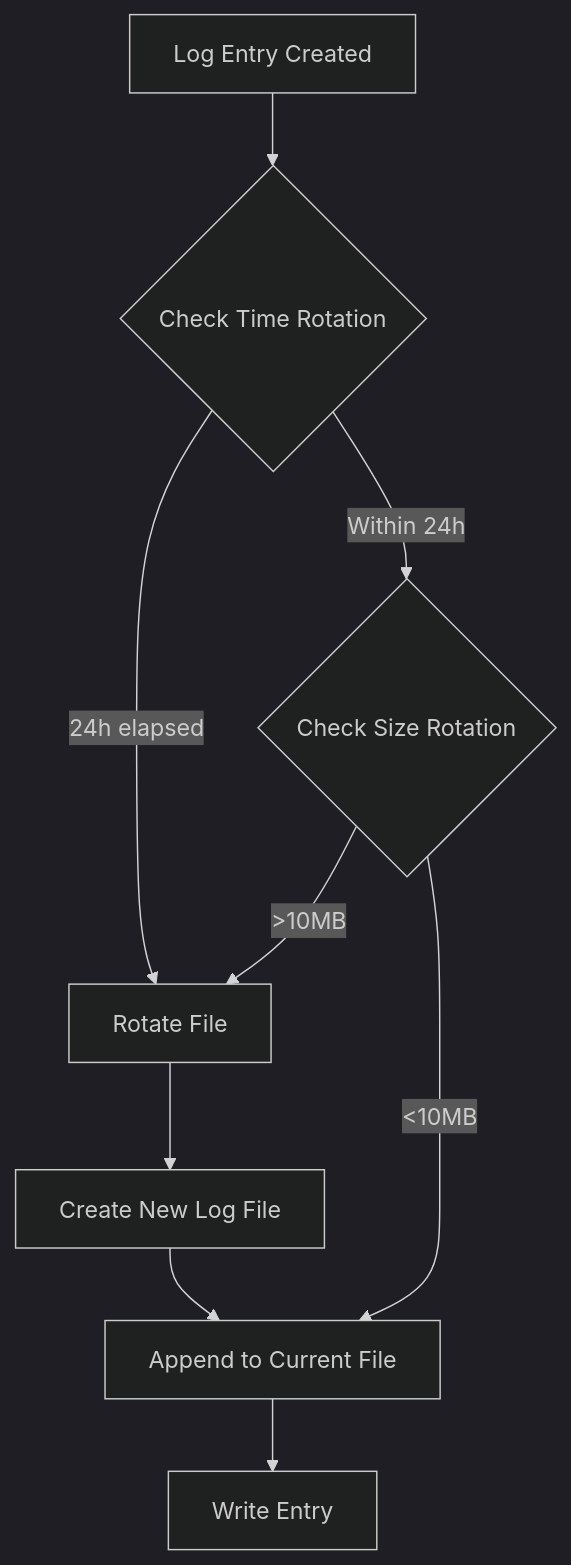
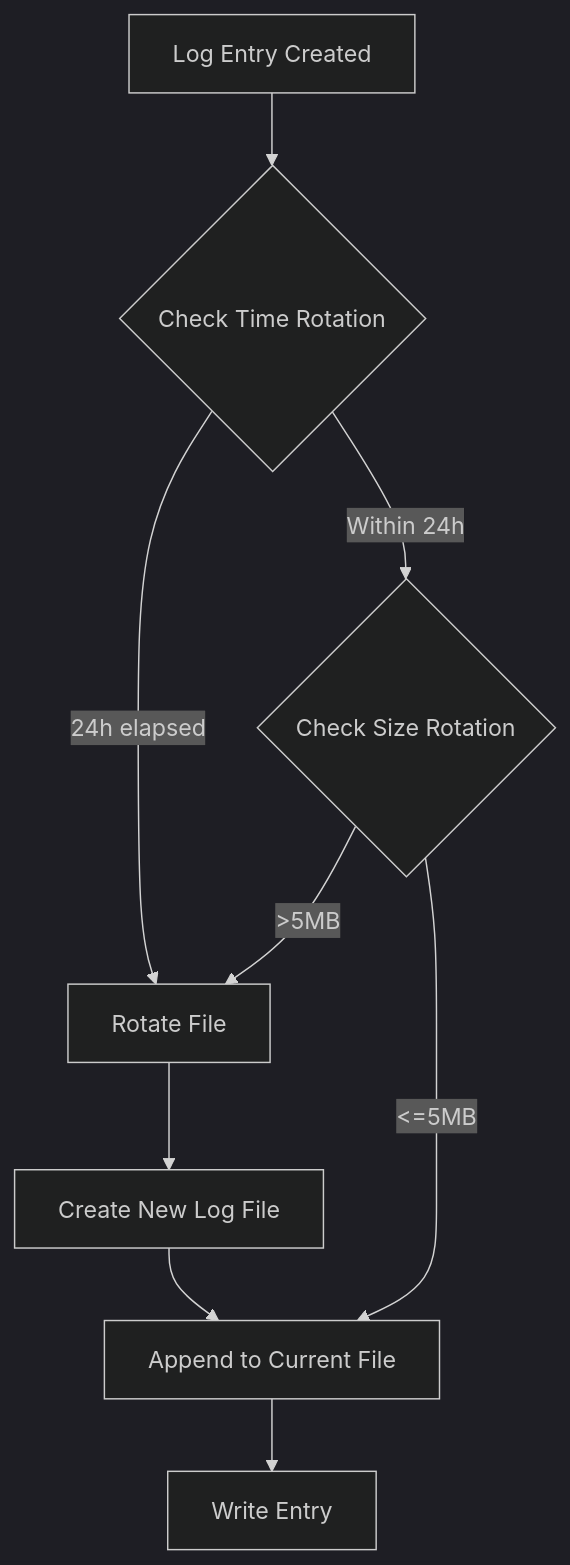
The third of 4 diagrams in docs/features/logging/flows.md (martindebrunne/llamacpp-proxy), drawn with Mermaid (dark theme) before and after one commit. The commit also changed other lines of this file and 40 other files, not shown here.

````diff
--- a/docs/features/logging/flows.md
+++ b/docs/features/logging/flows.md
@@ -115,11 +119,11 @@
 ```mermaid
 flowchart TD
     A[Log Entry Created] --> B{Check Time Rotation}
     B -->|24h elapsed| C[Rotate File]
     B -->|Within 24h| D{Check Size Rotation}
     C --> E[Create New Log File]
-    D -->|>10MB| C
-    D -->|<10MB| F[Append to Current File]
+    D -->|>5MB| C
+    D -->|<=5MB| F[Append to Current File]
     E --> F
     F --> G[Write Entry]
 ```
````
